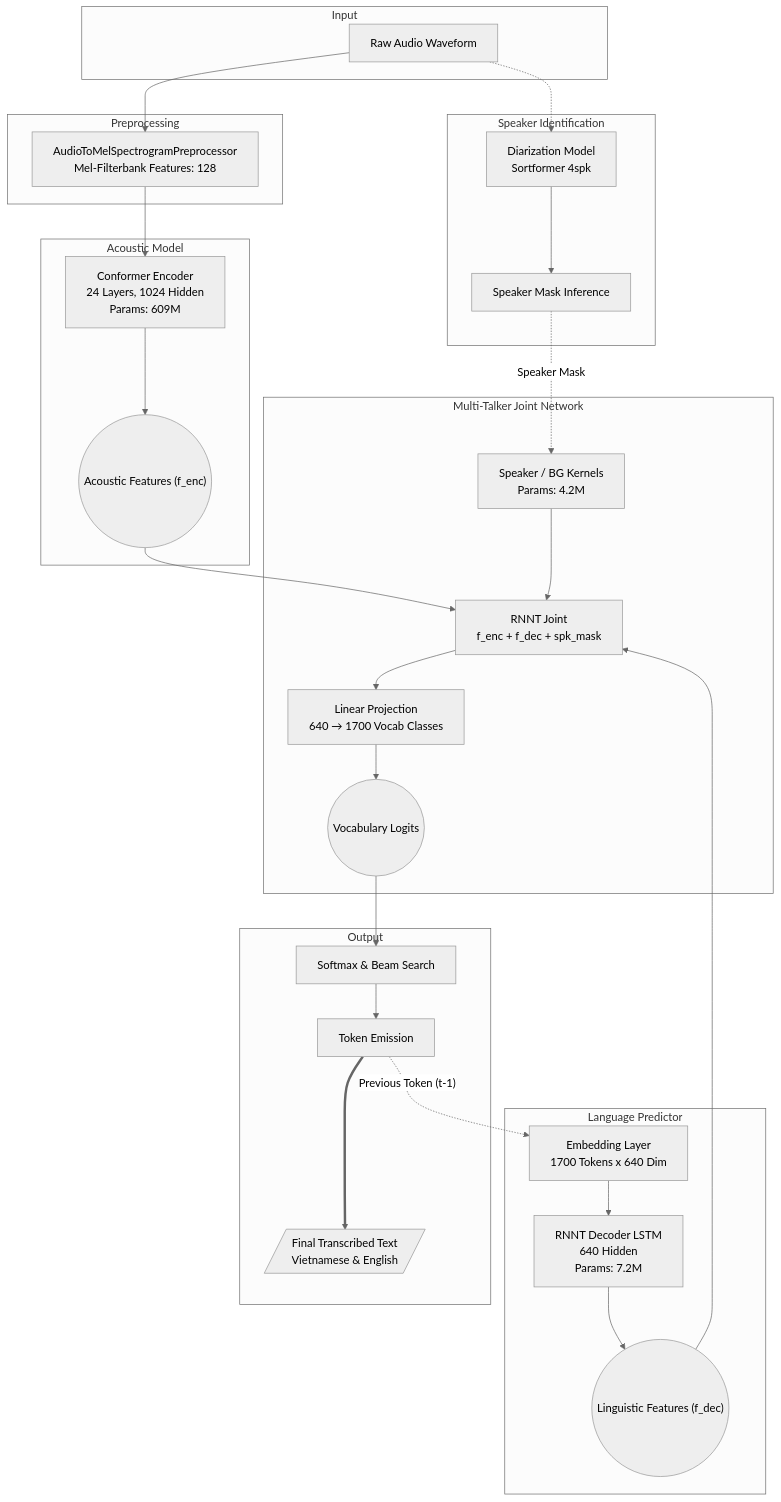
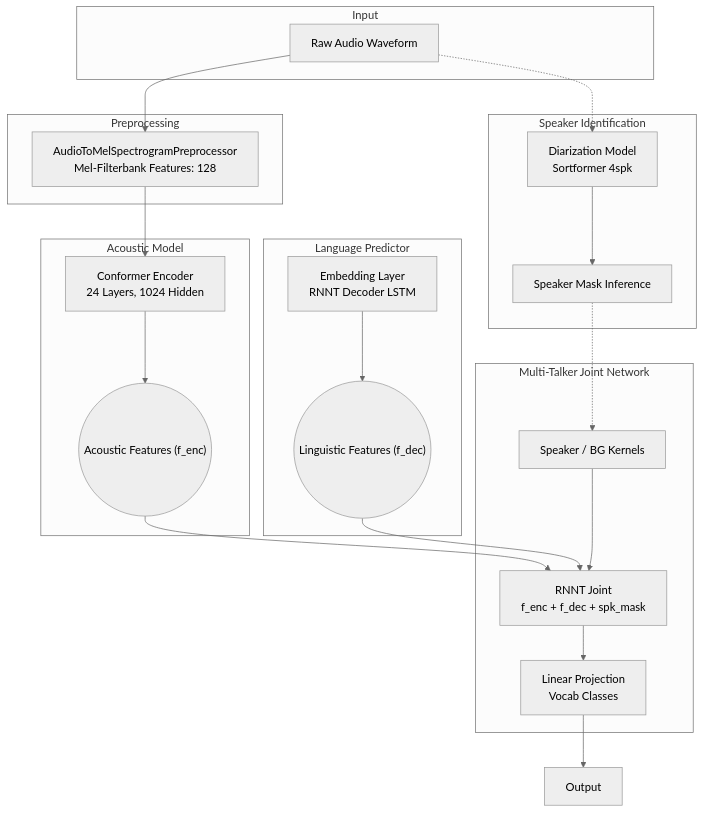
One commit to dangvansam/viet-asr changed the diagram in README.md. Above: the diagram before and after it, drawn with Mermaid (neutral theme). The commit also changed other lines of this file and 7 other files, not shown here.

````diff
--- a/README.md
+++ b/README.md
@@ -135,62 +121,43 @@
 ```mermaid
 graph TD
     subgraph Input
         A[Raw Audio Waveform]
     end
 
     subgraph Preprocessing
         B[AudioToMelSpectrogramPreprocessor<br>Mel-Filterbank Features: 128]
     end
 
     subgraph Speaker Identification
         S1[Diarization Model<br>Sortformer 4spk]
         S2[Speaker Mask Inference]
     end
 
     subgraph Acoustic Model
-        C[Conformer Encoder<br>24 Layers, 1024 Hidden<br>Params: 609M]
+        C[Conformer Encoder<br>24 Layers, 1024 Hidden]
         F_ENC(("Acoustic Features (f_enc)"))
     end
 
     subgraph Language Predictor
-        E[Embedding Layer<br>1700 Tokens x 640 Dim]
-        D[RNNT Decoder LSTM<br>640 Hidden<br>Params: 7.2M]
+        E[Embedding Layer<br>RNNT Decoder LSTM]
         F_DEC(("Linguistic Features (f_dec)"))
     end
 
     subgraph Multi-Talker Joint Network
-        S3[Speaker / BG Kernels<br>Params: 4.2M]
+        S3[Speaker / BG Kernels]
         F[RNNT Joint<br>f_enc + f_dec + spk_mask]
-        G[Linear Projection<br>640 → 1700 Vocab Classes]
-        H(("Vocabulary Logits"))
-    end
-
-    subgraph Output
-        I[Softmax & Beam Search]
-        J[Token Emission]
-        K[/"Final Transcribed Text<br>Vietnamese & English"/]
+        G[Linear Projection<br>Vocab Classes]
     end
 
     A --> B
     A -.-> S1
     S1 --> S2
-    
     B --> C
     C --> F_ENC
-    
-    J -. "Previous Token (t-1)" .-> E
-    E --> D
-    D --> F_DEC
-
-    S2 -. "Speaker Mask" .-> S3
-    
+    E --> F_DEC
+    S2 -.-> S3
     F_ENC --> F
     F_DEC --> F
     S3 --> F
-    
-    F --> G
-    G --> H
-    H --> I
-    I --> J
-    J ===> K
+    F --> G --> Output
 ```
````
